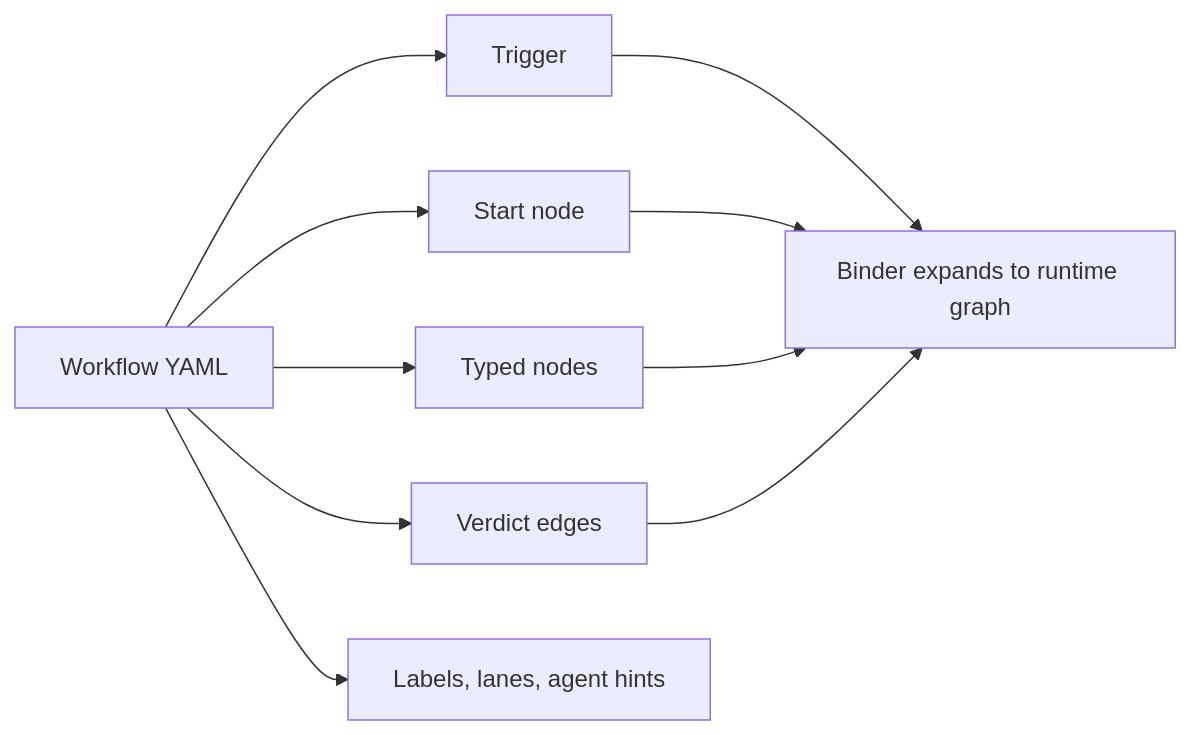
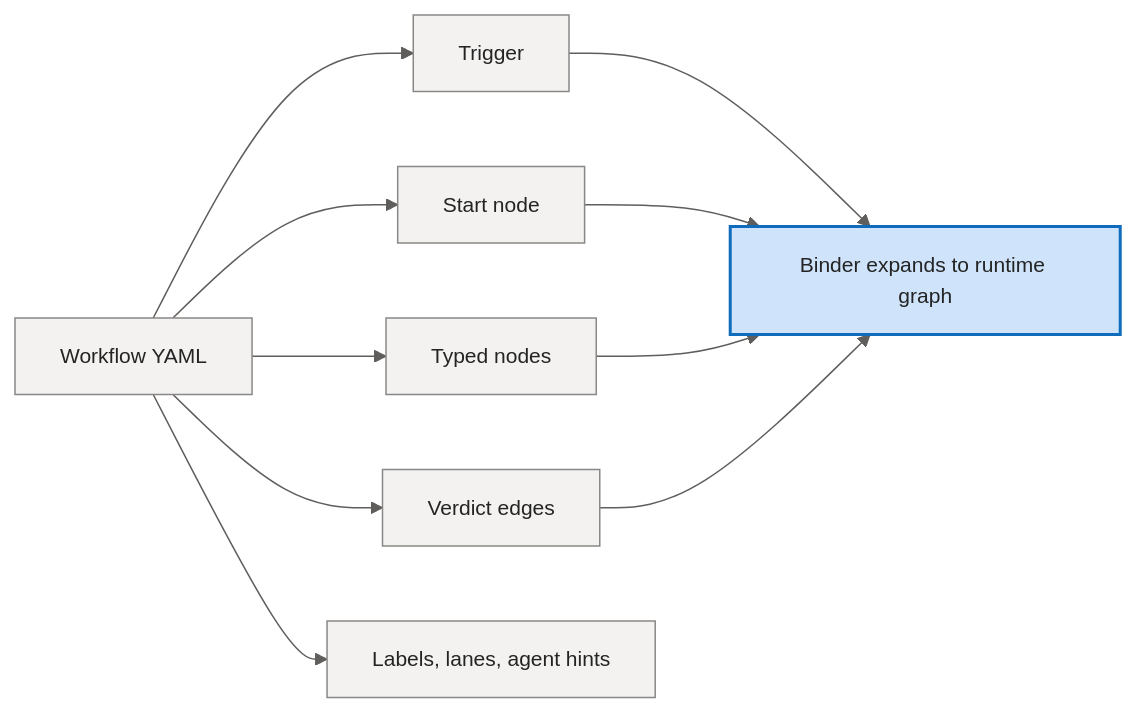
Before and after one commit to sabbour/agentweaver: the second of 11 diagrams in docs/deep-dive/workflow-engine.md, drawn with Mermaid. The commit also changed other lines of this file and 13 other files, not shown here.

````diff
--- a/docs/deep-dive/workflow-engine.md
+++ b/docs/deep-dive/workflow-engine.md
@@ -65,20 +102,32 @@
 ```mermaid
+%%{init: {'theme':'base','themeVariables':{'fontFamily':'Segoe UI, system-ui, -apple-system, sans-serif','fontSize':'14px','primaryColor':'#E8EEF9','primaryBorderColor':'#0F6CBD','primaryTextColor':'#242424','lineColor':'#605E5C','clusterBkg':'#FAF9F8','clusterBorder':'#D2D0CE','edgeLabelBackground':'#FFFFFF'}}}%%
 flowchart LR
     Template[Workflow YAML]
     Trigger[Trigger]
     Start[Start node]
     Nodes[Typed nodes]
     Edges[Verdict edges]
     Metadata[Labels, lanes, agent hints]
     Binder[Binder expands to runtime graph]
 
     Template --> Trigger
     Template --> Start
     Template --> Nodes
     Template --> Edges
     Template --> Metadata
     Trigger --> Binder
     Start --> Binder
     Nodes --> Binder
     Edges --> Binder
+
+    classDef client fill:#E8EEF9,stroke:#0F6CBD,stroke-width:1px,color:#242424;
+    classDef svc fill:#F3F2F1,stroke:#8A8886,stroke-width:1px,color:#242424;
+    classDef core fill:#CFE4FA,stroke:#0F6CBD,stroke-width:2px,color:#242424;
+    classDef data fill:#FFF4CE,stroke:#C19C00,stroke-width:1px,color:#242424;
+    classDef ext fill:#F0E8F8,stroke:#8764B8,stroke-width:1px,color:#242424;
+    classDef runtime fill:#DDF3DD,stroke:#107C10,stroke-width:1px,color:#242424;
+    classDef evt fill:#D6F0F0,stroke:#038387,stroke-width:1px,color:#242424;
+
+    class Template,Trigger,Start,Nodes,Edges,Metadata svc;
+    class Binder core;
 ```
````
